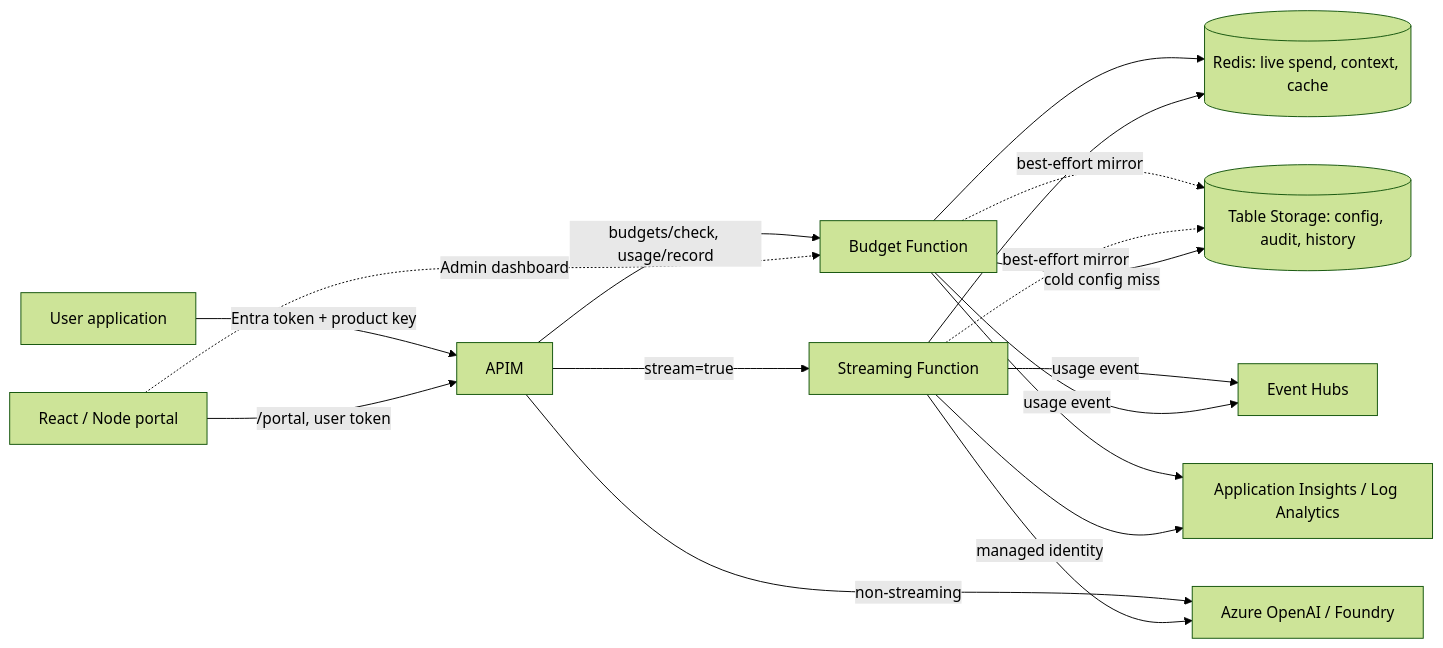
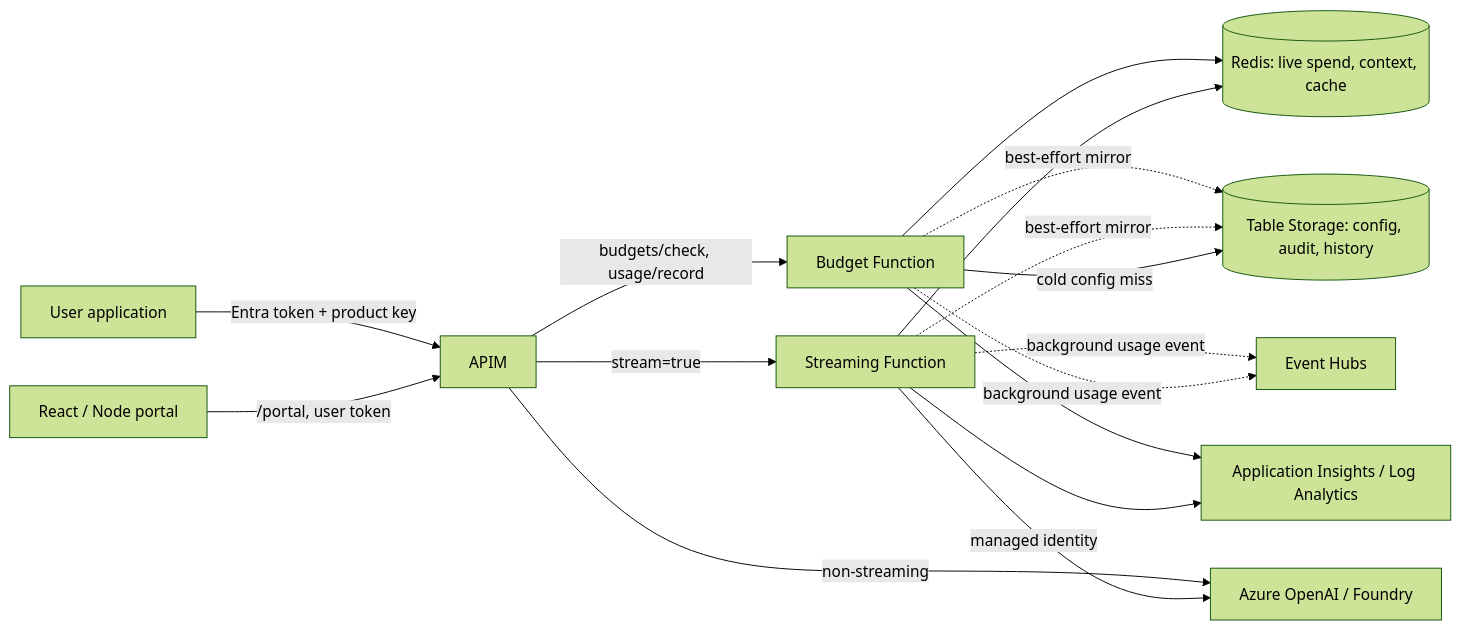
One commit to jordanbean-msft/apim-rate-limit-foundry changed the first of 2 diagrams in ARCHITECTURE.md. Above: the diagram before and after it, drawn with Mermaid (forest theme). The commit also changed other lines of this file and 25 other files, not shown here.

````diff
--- a/ARCHITECTURE.md
+++ b/ARCHITECTURE.md
@@ -22,19 +27,18 @@
 ```mermaid
 flowchart LR
     Client["User application"] -->|"Entra token + product key"| APIM
     Portal["React / Node portal"] -->|"/portal, user token"| APIM
     APIM -->|"budgets/check, usage/record"| Budget["Budget Function"]
     APIM -->|"stream=true"| Stream["Streaming Function"]
     APIM -->|"non-streaming"| Model["Azure OpenAI / Foundry"]
     Stream -->|"managed identity"| Model
-    Stream -->|"usage event"| Hub
+    Stream -.->|"background usage event"| Hub
     Budget --> Redis[("Redis: live spend, context, cache")]
     Stream --> Redis
     Budget -.->|"best-effort mirror"| Table[("Table Storage: config, audit, history")]
     Stream -.->|"best-effort mirror"| Table
     Budget -->|"cold config miss"| Table
-    Budget -->|"usage event"| Hub["Event Hubs"]
+    Budget -.->|"background usage event"| Hub["Event Hubs"]
     Budget --> Monitor["Application Insights / Log Analytics"]
     Stream --> Monitor
-    Portal -.->|"Admin dashboard"| Budget
 ```
````
